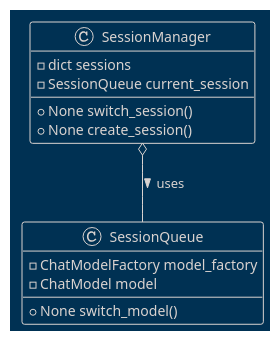
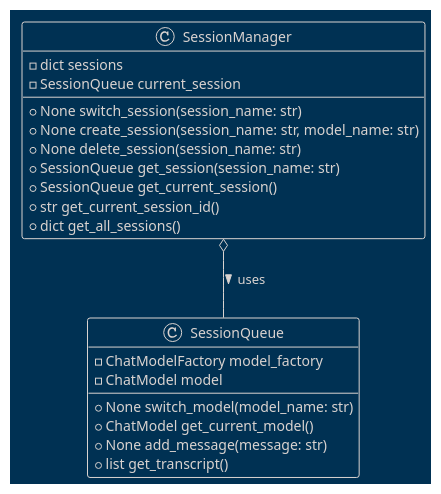
The diagram in docs/diagrams/plantuml/session_manager.puml (teleprint-me/py.gpt.prompt), drawn with PlantUML before and after one commit.

Commit message:
docs: Add details to SessionManager

```diff
--- a/docs/diagrams/plantuml/session_manager.puml
+++ b/docs/diagrams/plantuml/session_manager.puml
@@ -1,18 +1,26 @@
 @startuml SessionManager
 !theme blueprint
 
 class SessionManager {
     - dict sessions
     - SessionQueue current_session
-    + None switch_session()
-    + None create_session()
+    + None switch_session(session_name: str)
+    + None create_session(session_name: str, model_name: str)
+    + None delete_session(session_name: str)
+    + SessionQueue get_session(session_name: str)
+    + SessionQueue get_current_session()
+    + str get_current_session_id()
+    + dict get_all_sessions()
 }
 
 class SessionQueue {
     - ChatModelFactory model_factory
     - ChatModel model
-    + None switch_model()
+    + None switch_model(model_name: str)
+    + ChatModel get_current_model()
+    + None add_message(message: str)
+    + list get_transcript()
 }
 
 SessionManager o-- SessionQueue : uses >
 @enduml
```
